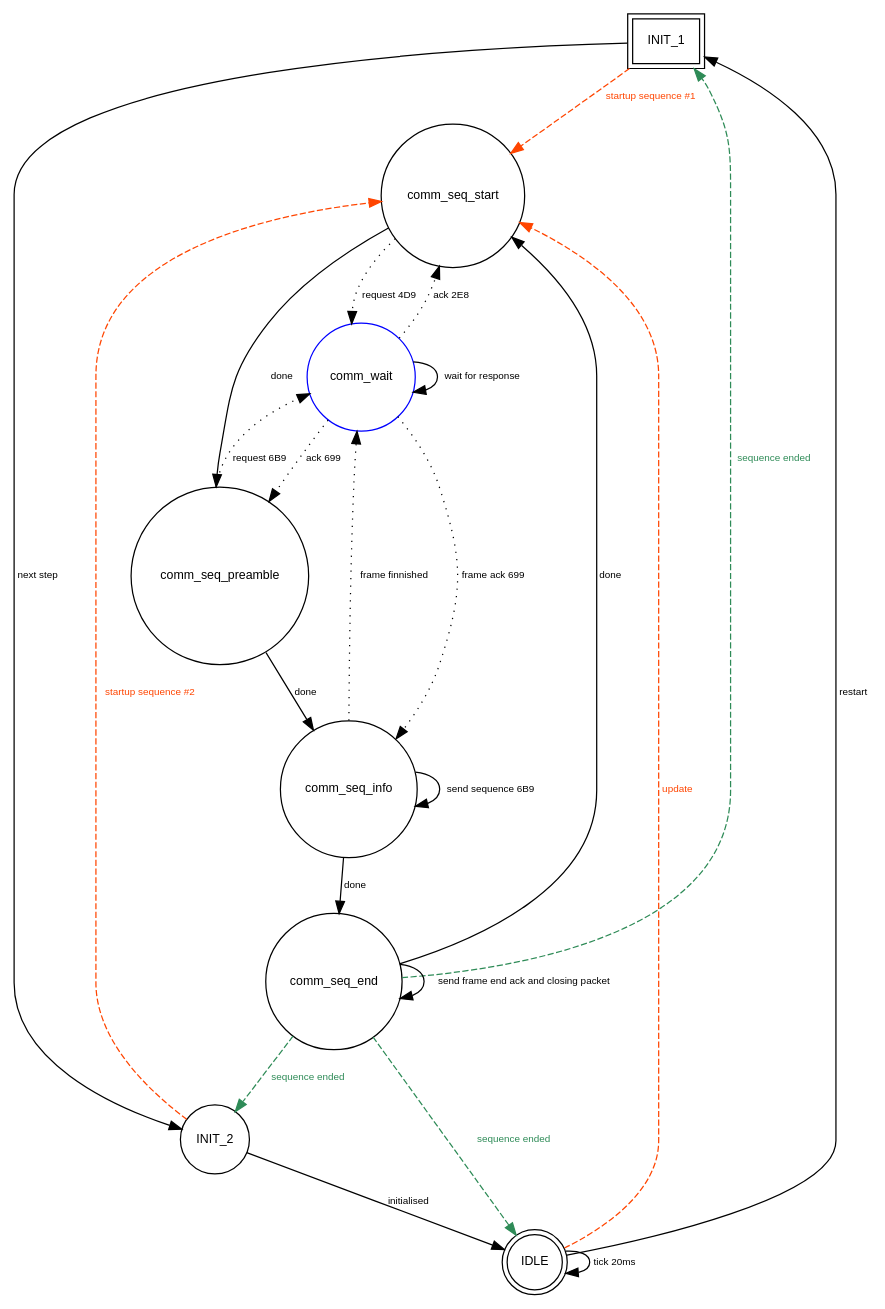
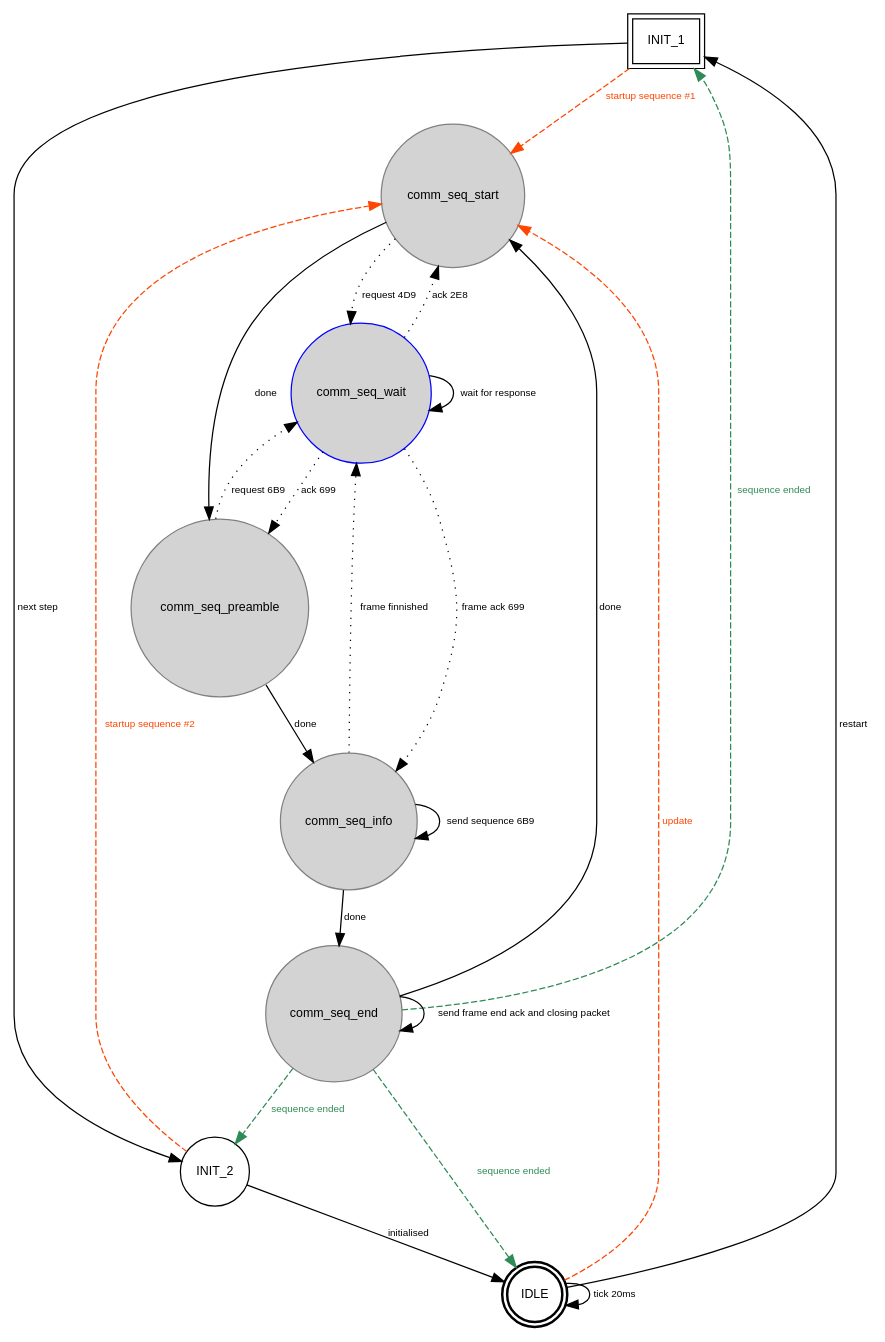
One commit to mkleemann/CAN2matrix changed the diagram in CAN2matrix/doc/dot/comm_ic_fsm.dot. Above: the diagram before and after it, drawn with Graphviz.

Commit message:
update styles for better readability

```diff
--- a/CAN2matrix/doc/dot/comm_ic_fsm.dot
+++ b/CAN2matrix/doc/dot/comm_ic_fsm.dot
@@ -1,38 +1,42 @@
 digraph comm_ic_fsm {
     node [shape=circle, fontname="Helvetica", fontsize=10.0];
     edge [fontname="Helvetica", fontsize=8.0];
 
     INIT_1 [shape=box, peripheries=2];
     INIT_1 -> comm_seq_start [label="startup sequence #1", style=dashed, color=orangered, fontcolor=orangered];
     INIT_1 -> INIT_2 [label="next step"];
 
     INIT_2 -> comm_seq_start [label="startup sequence #2", style=dashed, color=orangered, fontcolor=orangered];
     INIT_2 -> IDLE [label="initialised"]
 
-    IDLE [peripheries=2, fillcolor=lightgrey];
+    IDLE [style=bold, peripheries=2];
     IDLE -> IDLE [label="tick 20ms"];
     IDLE -> comm_seq_start [label="update", style=dashed, color=orangered, fontcolor=orangered];
     IDLE -> INIT_1 [label="restart"];
 
-    comm_wait [color=blue];
-    comm_wait -> comm_wait [label="wait for response"];
-    comm_wait -> comm_seq_start [label="ack 2E8", style=dotted];
-    comm_wait -> comm_seq_preamble [label="ack 699", style=dotted];
-    comm_wait -> comm_seq_info [label="frame ack 699", style=dotted];
+    comm_seq_wait [style=filled, fillcolor=lightgrey, color=blue];
+    comm_seq_wait -> comm_seq_wait [label="wait for response"];
+    comm_seq_wait -> comm_seq_start [label="ack 2E8", style=dotted];
+    comm_seq_wait -> comm_seq_preamble [label="ack 699", style=dotted];
+    comm_seq_wait -> comm_seq_info [label="frame ack 699", style=dotted];
 
+    comm_seq_start [style=filled, fillcolor=lightgrey, color=grey];
     comm_seq_start -> comm_seq_preamble [label="done"];
-    comm_seq_start -> comm_wait [label="request 4D9", style=dotted];
+    comm_seq_start -> comm_seq_wait [label="request 4D9", style=dotted];
 
+    comm_seq_preamble [style=filled, fillcolor=lightgrey, color=grey];
     comm_seq_preamble -> comm_seq_info [label="done"];
-    comm_seq_preamble -> comm_wait [label="request 6B9", style=dotted];
+    comm_seq_preamble -> comm_seq_wait [label="request 6B9", style=dotted];
 
+    comm_seq_info [style=filled, fillcolor=lightgrey, color=grey];
     comm_seq_info -> comm_seq_info [label="send sequence 6B9"];
-    comm_seq_info -> comm_wait [label="frame finnished", style=dotted];
+    comm_seq_info -> comm_seq_wait [label="frame finnished", style=dotted];
     comm_seq_info -> comm_seq_end [label="done"];
 
+    comm_seq_end [style=filled, fillcolor=lightgrey, color=grey];
     comm_seq_end -> comm_seq_end [label="send frame end ack and closing packet"];
     comm_seq_end -> INIT_1 [label="sequence ended", style=dashed, color=seagreen, fontcolor=seagreen];
     comm_seq_end -> INIT_2 [label="sequence ended", style=dashed, color=seagreen, fontcolor=seagreen];
     comm_seq_end -> IDLE [label="sequence ended", style=dashed, color=seagreen, fontcolor=seagreen];
     comm_seq_end -> comm_seq_start [label="done"];
 }
```
